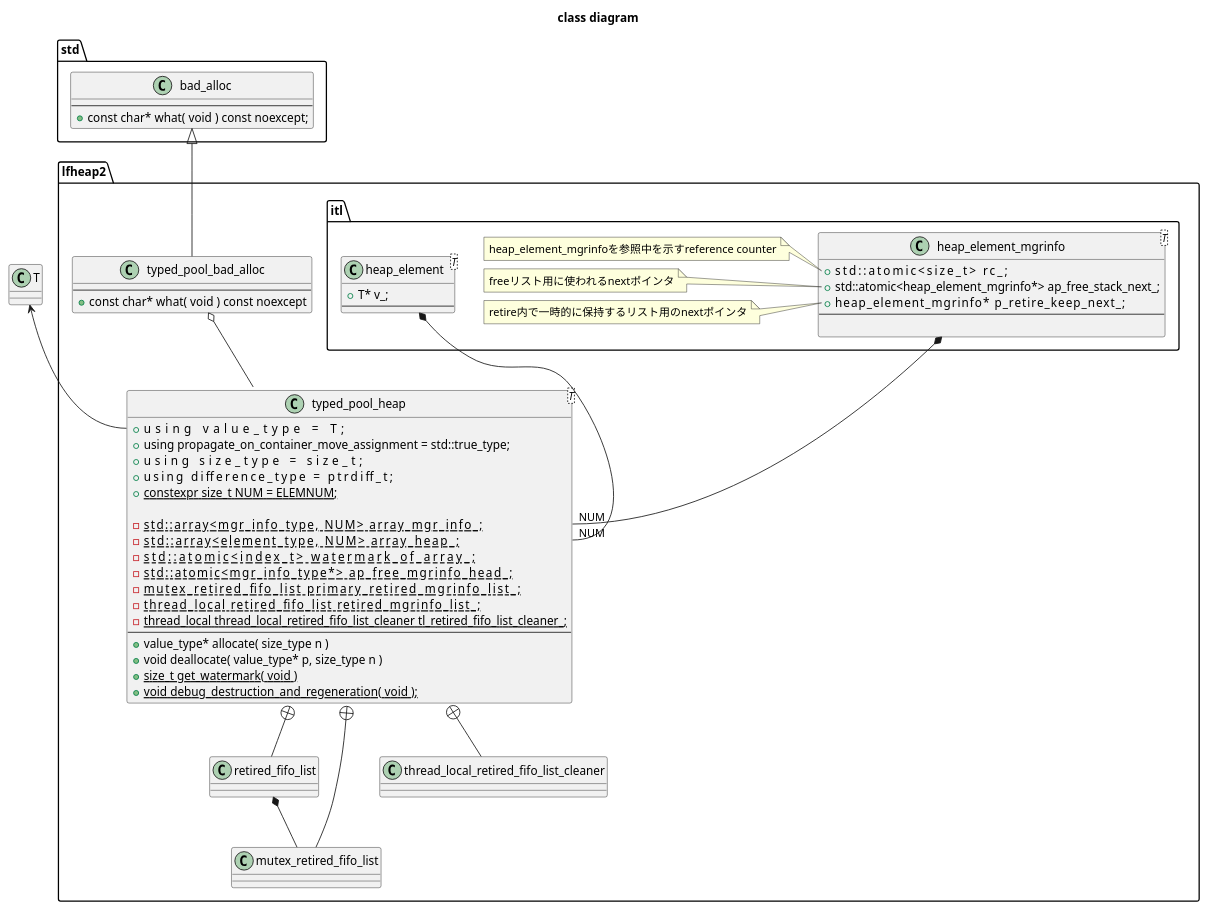
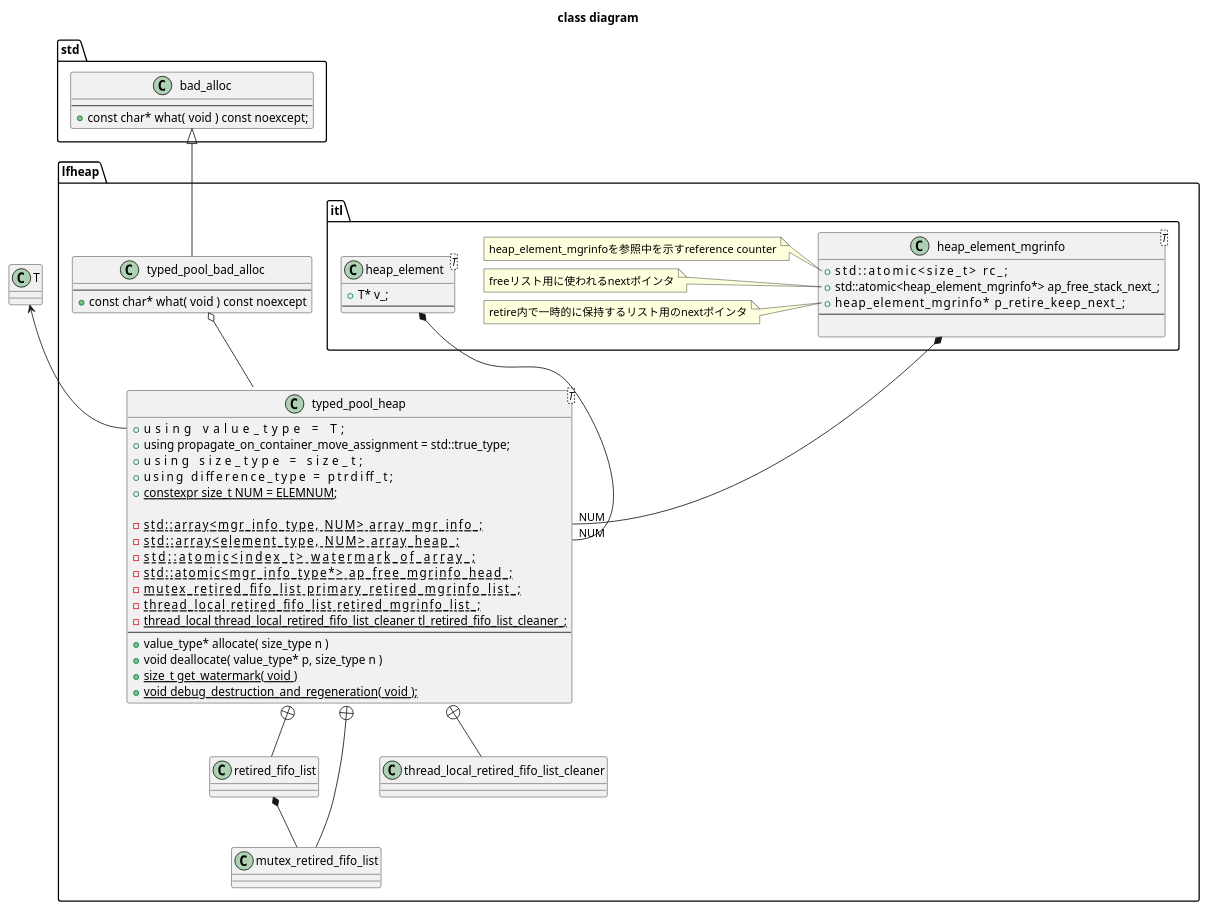
One commit to PFA03027/yan_lf_shared_ptr changed the diagram in doc/class_diagram_typed_lfheap.puml. Above: the diagram before and after it, drawn with PlantUML. The commit also changed 2 other files, not shown here.

```diff
--- a/doc/class_diagram_typed_lfheap.puml
+++ b/doc/class_diagram_typed_lfheap.puml
@@ -1,88 +1,88 @@
 @startuml
 
 title class diagram
 
 class T {}
 
 namespace std {
 class bad_alloc {
   --
   + const char* what( void ) const noexcept;
 }
 }
 
-namespace lfheap2 {
+namespace lfheap {
 
 namespace itl {
 
 class heap_element<T> {
   + T* v_;
   --
 }
 
 class heap_element_mgrinfo<T> {
   + std::atomic<size_t>                rc_;
   + std::atomic<heap_element_mgrinfo*> ap_free_stack_next_;
   + heap_element_mgrinfo*              p_retire_keep_next_;
   --
 
 }
 note left of heap_element_mgrinfo::rc_
   heap_element_mgrinfoを参照中を示すreference counter
 end note
 note left of heap_element_mgrinfo::ap_free_stack_next_
   freeリスト用に使われるnextポインタ
 end note
 note left of heap_element_mgrinfo::p_retire_keep_next_
   retire内で一時的に保持するリスト用のnextポインタ
 end note
 
 
 }
 
 class typed_pool_bad_alloc {
   --
   + const char* what( void ) const noexcept
 }
 bad_alloc <|-- typed_pool_bad_alloc
 
 class typed_pool_heap<T> {
   + using value_type                             = T;
   + using propagate_on_container_move_assignment = std::true_type;
   + using size_type                              = size_t;
   + using difference_type                        = ptrdiff_t;
   + {static} constexpr size_t NUM = ELEMNUM;
 
   - {static} std::array<mgr_info_type, NUM>                      array_mgr_info_;
   - {static} std::array<element_type, NUM>                       array_heap_;
   - {static} std::atomic<index_t>                                watermark_of_array_;
   - {static} std::atomic<mgr_info_type*>                         ap_free_mgrinfo_head_;
   - {static} mutex_retired_fifo_list                             primary_retired_mgrinfo_list_;
   - {static} thread_local retired_fifo_list                      retired_mgrinfo_list_;
   - {static} thread_local thread_local_retired_fifo_list_cleaner tl_retired_fifo_list_cleaner_;
   --
   + value_type* allocate( size_type n )
   + void deallocate( value_type* p, size_type n )
   + {static} size_t get_watermark( void )
   + {static} void debug_destruction_and_regeneration( void );
 }
 
 class retired_fifo_list
 class mutex_retired_fifo_list
 class thread_local_retired_fifo_list_cleaner
 
 retired_fifo_list *-- mutex_retired_fifo_list
 
 typed_pool_heap +-- retired_fifo_list
 typed_pool_heap +-- mutex_retired_fifo_list
 typed_pool_heap +-- thread_local_retired_fifo_list_cleaner
 
 heap_element_mgrinfo *-- "NUM" typed_pool_heap::array_mgr_info_
 heap_element *-- "NUM" typed_pool_heap::array_heap_
 T <-- typed_pool_heap::value_type
 
 typed_pool_bad_alloc o-- typed_pool_heap
 
 }
 
 @enduml
```
